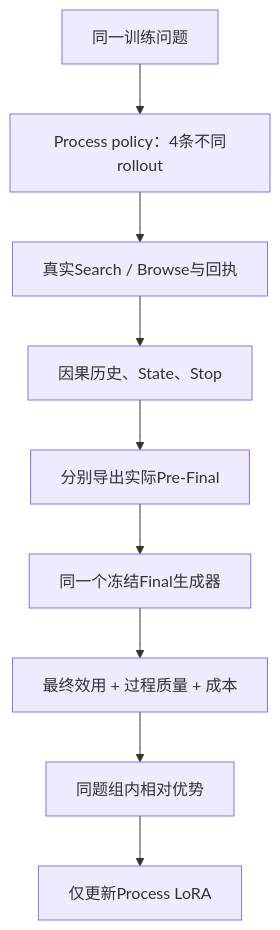
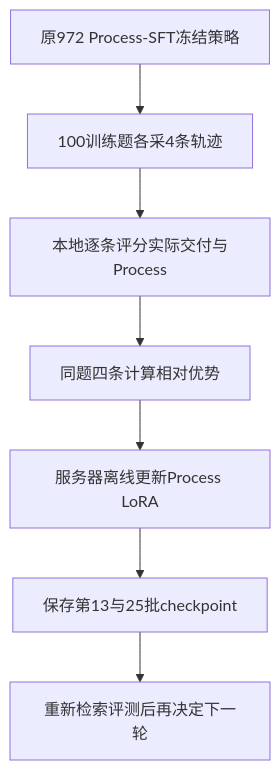
Before and after one commit to MaSunKing/medical-research-agent-grpo: the diagram in versions/process_final_sft/grpo.md, drawn with Mermaid. The commit also changed other lines of this file and 167 other files, not shown here.

````diff
--- a/versions/process_final_sft/grpo.md
+++ b/versions/process_final_sft/grpo.md
@@ -33,11 +7,9 @@
 ```mermaid
-flowchart TB
-    Q[同一训练问题] --> Group[Process policy：4条不同rollout]
-    Group --> Tool[真实Search / Browse与回执]
-    Tool --> State[因果历史、State、Stop]
-    State --> Pack[分别导出实际Pre-Final]
-    Pack --> Final[同一个冻结Final生成器]
-    Final --> Judge[最终效用 + 过程质量 + 成本]
-    Judge --> Advantage[同题组内相对优势]
-    Advantage --> Update[仅更新Process LoRA]
+flowchart TD
+    A[原972 Process-SFT冻结策略] --> B[100训练题各采4条轨迹]
+    B --> C[本地逐条评分实际交付与Process]
+    C --> D[同题四条计算相对优势]
+    D --> E[服务器离线更新Process LoRA]
+    E --> F[保存第13与25批checkpoint]
+    F --> G[重新检索评测后再决定下一轮]
 ```
````
